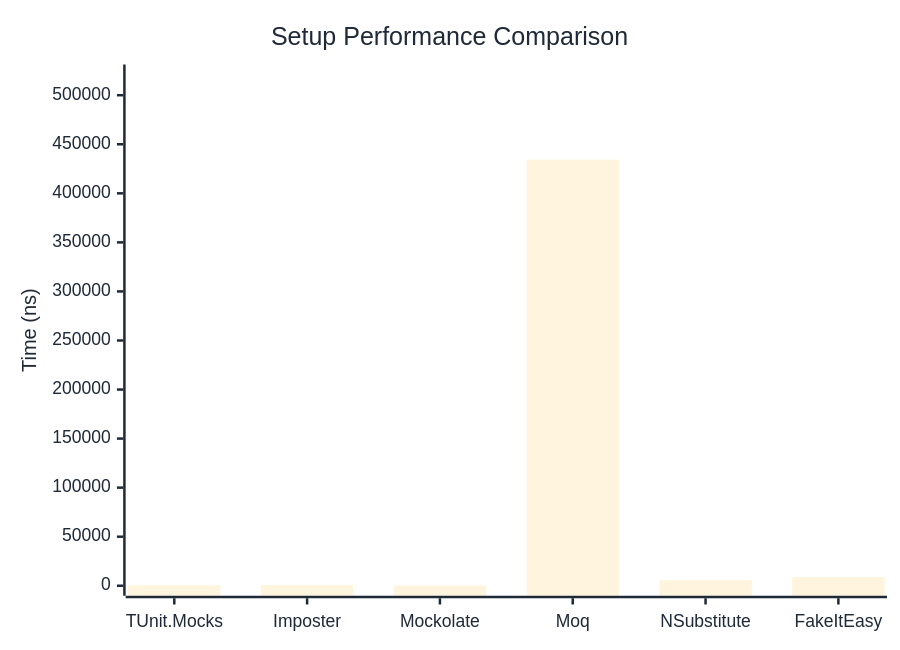
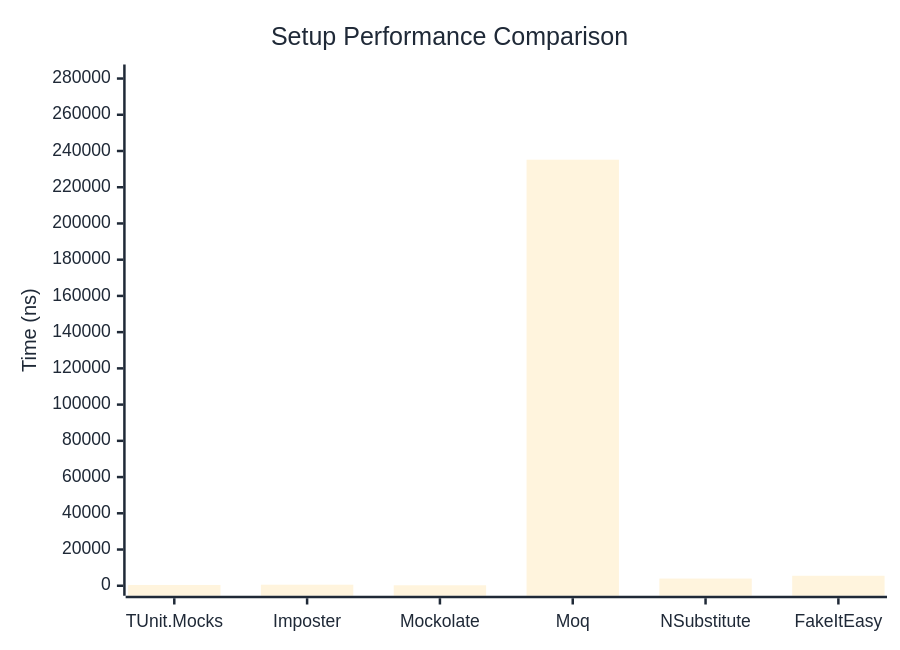
Before and after one commit to thomhurst/TUnit: the first of 2 diagrams in docs/docs/benchmarks/mocks/Setup.md, drawn with Mermaid. The commit also changed other lines of this file and 14 other files, not shown here.

````diff
--- a/docs/docs/benchmarks/mocks/Setup.md
+++ b/docs/docs/benchmarks/mocks/Setup.md
@@ -30,27 +30,27 @@
 ```mermaid
 %%{init: {
   'theme':'base',
   'themeVariables': {
     'primaryColor': '#2563eb',
     'primaryTextColor': '#1f2937',
     'primaryBorderColor': '#1e40af',
     'lineColor': '#6b7280',
     'secondaryColor': '#7c3aed',
     'tertiaryColor': '#dc2626',
     'background': '#ffffff',
     'pie1': '#2563eb',
     'pie2': '#7c3aed',
     'pie3': '#dc2626',
     'pie4': '#f59e0b',
     'pie5': '#10b981',
     'pie6': '#06b6d4',
     'pie7': '#ec4899',
     'pie8': '#6366f1'
   }
 }}%%
 xychart-beta
   title "Setup Performance Comparison"
   x-axis ["TUnit.Mocks", "Imposter", "Mockolate", "Moq", "NSubstitute", "FakeItEasy"]
-  y-axis "Time (ns)" 0 --> 521123
-  bar [547.9, 816.9, 306, 434269.1, 5655.1, 8761.6]
+  y-axis "Time (ns)" 0 --> 282230
+  bar [431.3, 580.2, 256.6, 235191.5, 3970, 5515.8]
 ```
````
